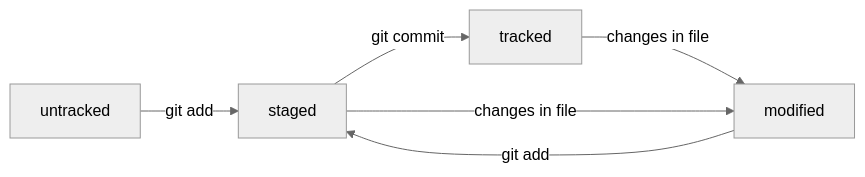
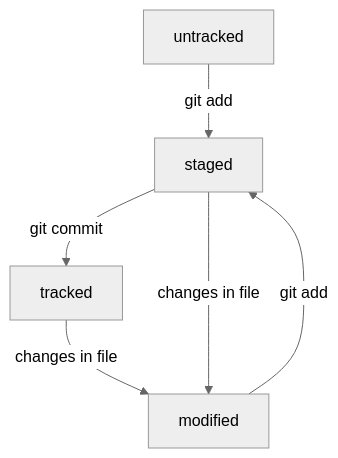
One commit to Andrew405/Git-Github-Tutor changed the diagram in README.md. Above: the diagram before and after it, drawn with Mermaid (neutral theme).

Commit message:
Поменять диаграмму в разделе про статусы

````diff
--- a/README.md
+++ b/README.md
@@ -64,8 +64,8 @@
 ```mermaid
-graph LR;
+graph TD;
     untracked -- "git add" --> staged;
     staged -- "git commit" --> tracked;
     tracked -- "changes in file" --> modified;
     modified -- "git add" --> staged;
     staged -- "changes in file" --> modified;
 ```
````
